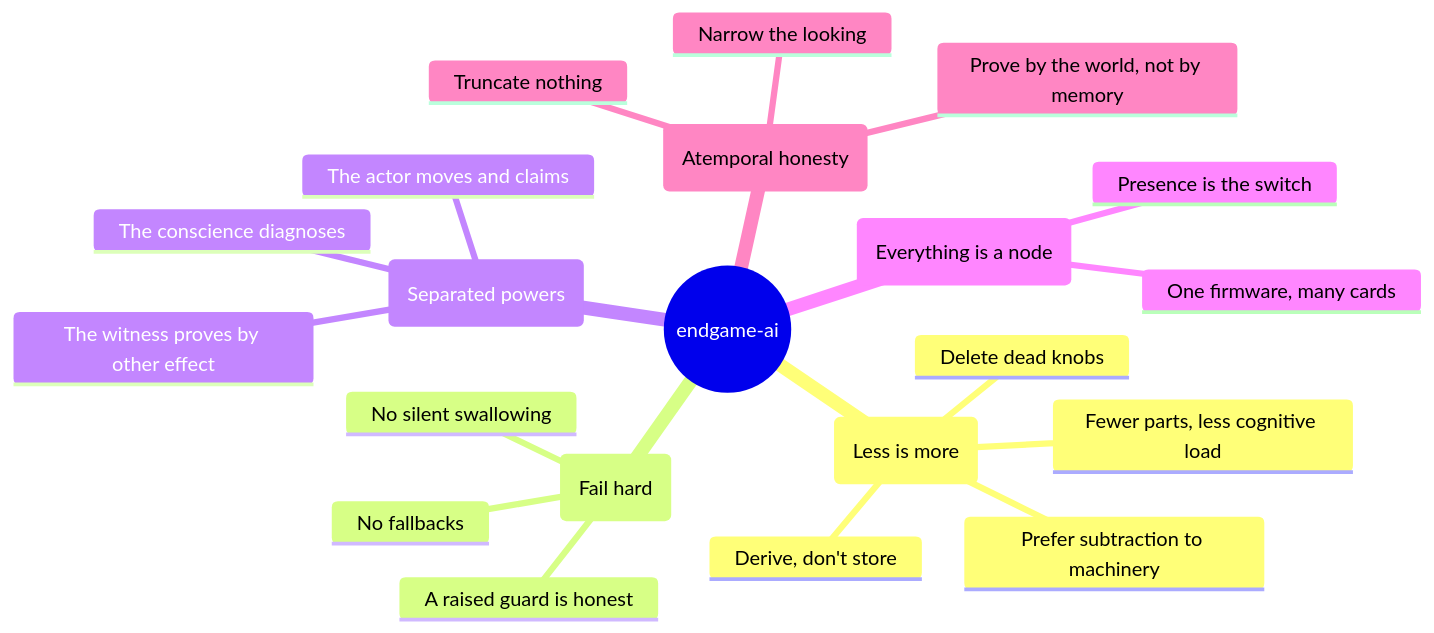
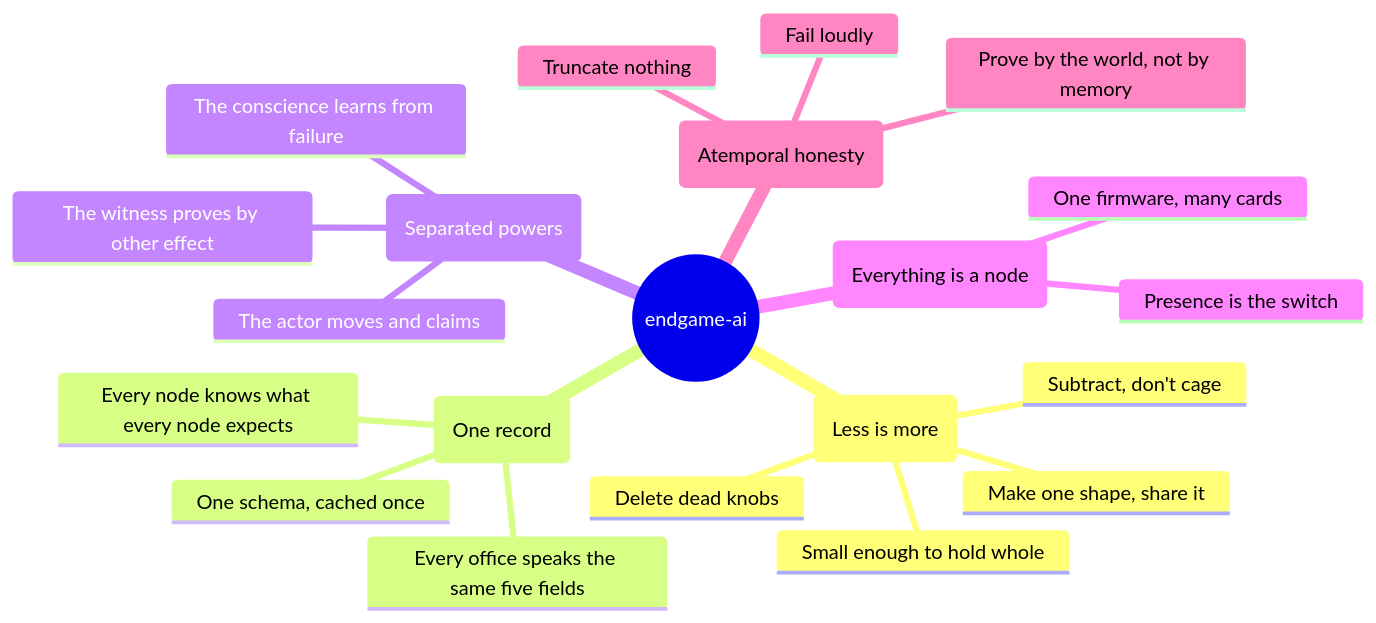
Before and after one commit to wgabrys88/endgame-ai: the first of 11 diagrams in README.md, drawn with Mermaid. The commit also changed other lines of this file, not shown here.

````diff
--- a/README.md
+++ b/README.md
@@ -15,24 +17,24 @@
 ```mermaid
 mindmap
   root((endgame-ai))
     (Less is more)
-      Prefer subtraction to machinery
-      Derive, don't store
+      Subtract, don't cage
+      Make one shape, share it
       Delete dead knobs
-      Fewer parts, less cognitive load
-    (Fail hard)
-      No fallbacks
-      No silent swallowing
-      A raised guard is honest
+      Small enough to hold whole
+    (One record)
+      Every office speaks the same five fields
+      One schema, cached once
+      Every node knows what every node expects
     (Separated powers)
       The actor moves and claims
       The witness proves by other effect
-      The conscience diagnoses
+      The conscience learns from failure
     (Everything is a node)
       One firmware, many cards
       Presence is the switch
     (Atemporal honesty)
       Prove by the world, not by memory
       Truncate nothing
-      Narrow the looking
+      Fail loudly
 ```
````
